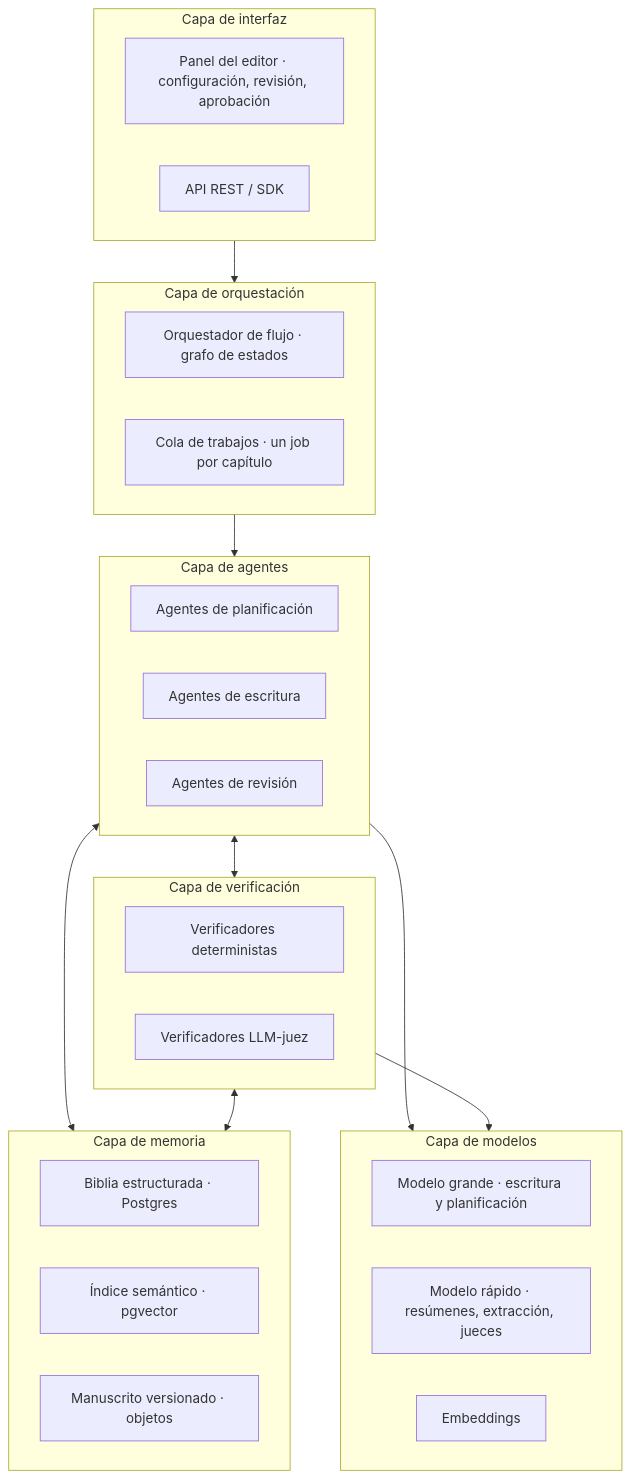
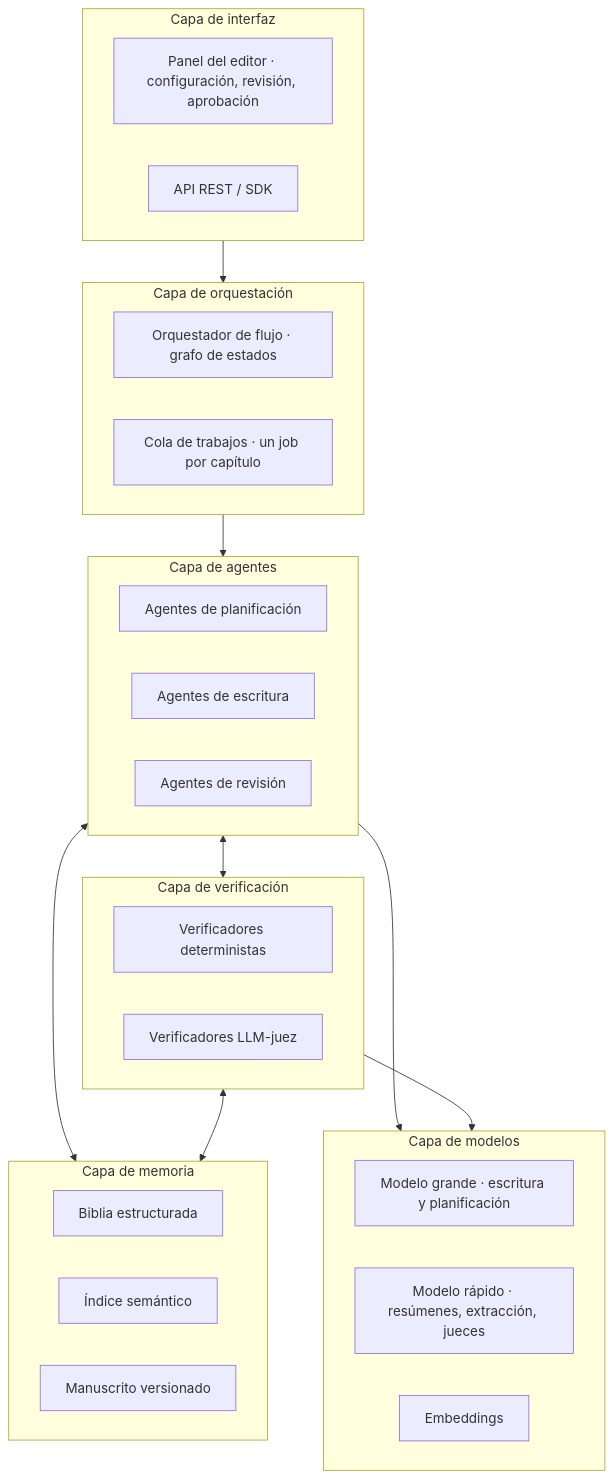
Before and after one commit to Asieribarz/my-story-marker: the first of 8 diagrams in docs/architecture.md, drawn with Mermaid. The commit also changed other lines of this file and 1 other file, not shown here.

First line of the commit message:
Describe the architecture by function, not by vendor

````diff
--- a/docs/architecture.md
+++ b/docs/architecture.md
@@ -9,36 +9,36 @@
 ```mermaid
 flowchart TB
   subgraph UI["Capa de interfaz"]
     U1["Panel del editor · configuración, revisión, aprobación"]
     U2["API REST / SDK"]
   end
   subgraph ORQ["Capa de orquestación"]
     O1["Orquestador de flujo · grafo de estados"]
     O2["Cola de trabajos · un job por capítulo"]
   end
   subgraph AG["Capa de agentes"]
     A1["Agentes de planificación"]
     A2["Agentes de escritura"]
     A3["Agentes de revisión"]
   end
   subgraph VER["Capa de verificación"]
     V1["Verificadores deterministas"]
     V2["Verificadores LLM-juez"]
   end
   subgraph MEM["Capa de memoria"]
-    M1["Biblia estructurada · Postgres"]
-    M2["Índice semántico · pgvector"]
-    M3["Manuscrito versionado · objetos"]
+    M1["Biblia estructurada"]
+    M2["Índice semántico"]
+    M3["Manuscrito versionado"]
   end
   subgraph LLM["Capa de modelos"]
     L1["Modelo grande · escritura y planificación"]
     L2["Modelo rápido · resúmenes, extracción, jueces"]
     L3["Embeddings"]
   end
   UI --> ORQ --> AG
   AG <--> VER
   AG <--> MEM
   VER <--> MEM
   AG --> LLM
   VER --> LLM
 ```
````
